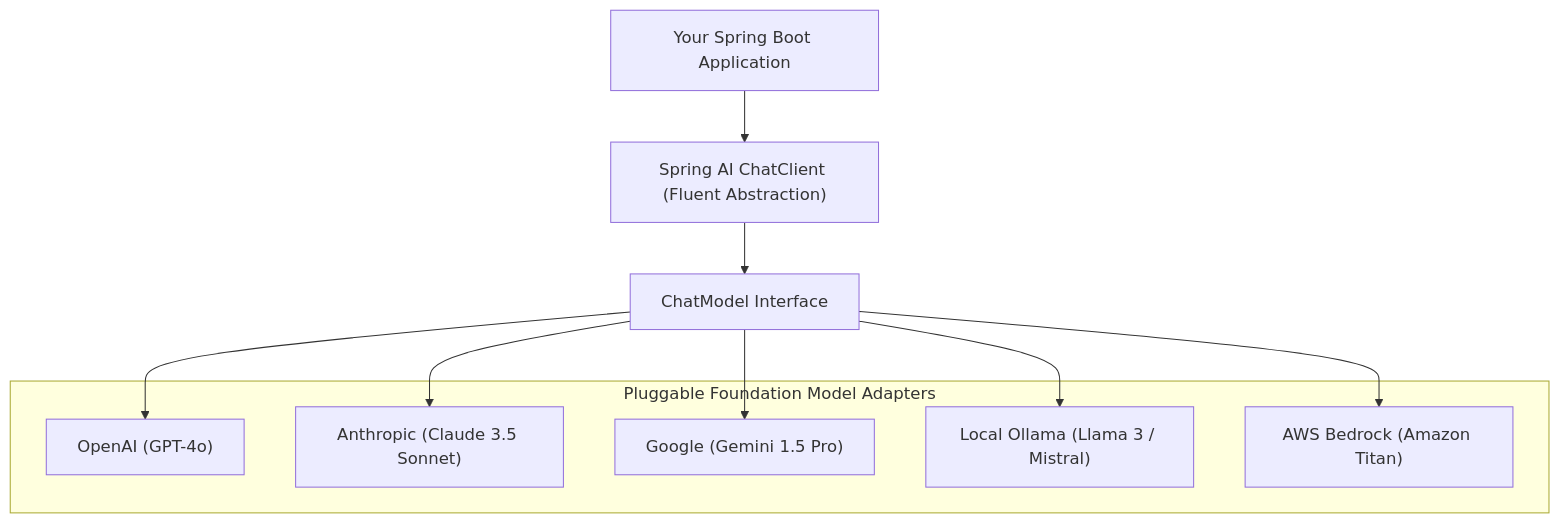
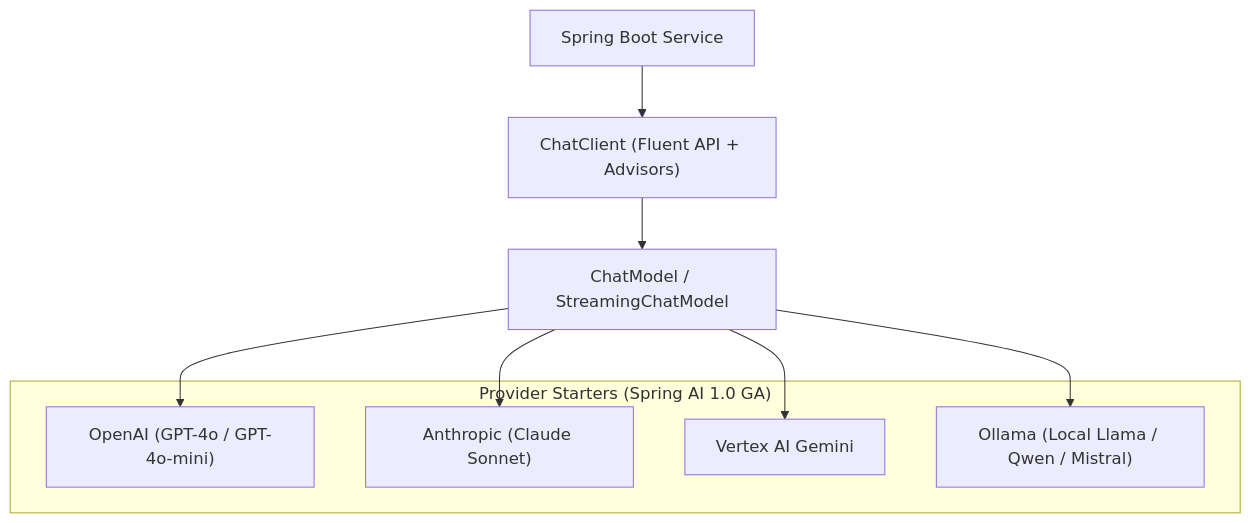
One commit to ravishankar2463/java_hub changed the first of 2 diagrams in content/roadmap/level-14/the-ai-landscape-for-java-spring-ai.md. Above: the diagram before and after it, drawn with Mermaid. The commit also changed other lines of this file and 119 other files, not shown here.

Commit message:
feat: add comprehensive java learning roadmap content across multiple levels

````diff
--- a/content/roadmap/level-14/the-ai-landscape-for-java-spring-ai.md
+++ b/content/roadmap/level-14/the-ai-landscape-for-java-spring-ai.md
@@ -23,19 +33,17 @@
 ```mermaid
 flowchart TD
-    AppCode["Your Spring Boot Application"] --> ChatClient["Spring AI ChatClient (Fluent Abstraction)"]
-    ChatClient --> ChatModel["ChatModel Interface"]
+    App["Spring Boot Service"] --> Client["ChatClient (Fluent API + Advisors)"]
+    Client --> Model["ChatModel / StreamingChatModel"]
 
-    subgraph Providers["Pluggable Foundation Model Adapters"]
-        OpenAI["OpenAI (GPT-4o)"]
-        Anthropic["Anthropic (Claude 3.5 Sonnet)"]
-        Gemini["Google (Gemini 1.5 Pro)"]
-        Ollama["Local Ollama (Llama 3 / Mistral)"]
-        Bedrock["AWS Bedrock (Amazon Titan)"]
+    subgraph Providers["Provider Starters (Spring AI 1.0 GA)"]
+        OpenAI["OpenAI (GPT-4o / GPT-4o-mini)"]
+        Anthropic["Anthropic (Claude Sonnet)"]
+        Gemini["Vertex AI Gemini"]
+        Ollama["Ollama (Local Llama / Qwen / Mistral)"]
     end
 
-    ChatModel --> OpenAI
-    ChatModel --> Anthropic
-    ChatModel --> Gemini
-    ChatModel --> Ollama
-    ChatModel --> Bedrock
+    Model --> OpenAI
+    Model --> Anthropic
+    Model --> Gemini
+    Model --> Ollama
 ```
````
